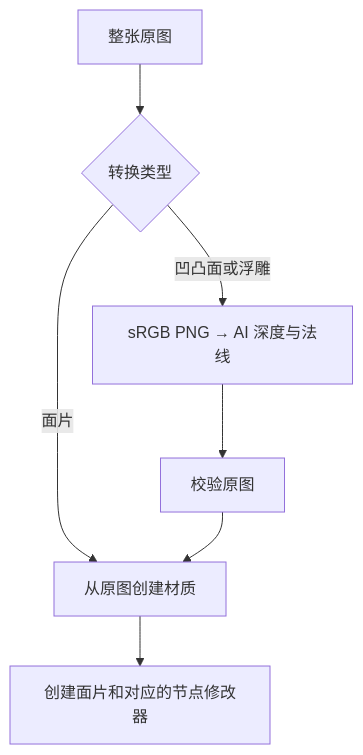
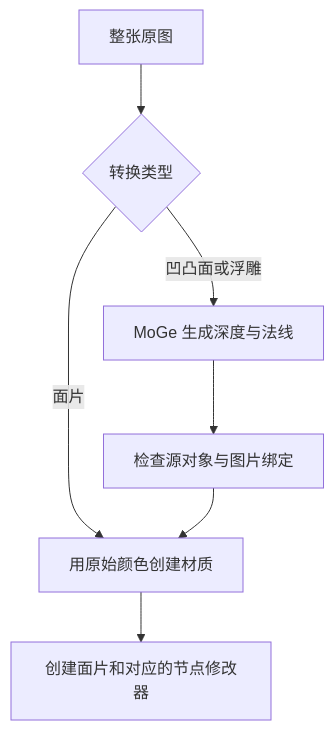
Before and after one commit to OmooLab/AnyImage: the diagram in docs/develop/operators/convert-to-plane.md, drawn with Mermaid. The commit also changed other lines of this file and 145 other files, not shown here.

````diff
--- a/docs/develop/operators/convert-to-plane.md
+++ b/docs/develop/operators/convert-to-plane.md
@@ -5,9 +5,9 @@
 ```mermaid
 flowchart TD
     source["整张原图"] --> type{"转换类型"}
-    type -->|面片| material["从原图创建材质"]
-    type -->|凹凸面或浮雕| ai["sRGB PNG → AI 深度与法线"]
-    ai --> checked["校验原图"]
+    type -->|面片| material["用原始颜色创建材质"]
+    type -->|凹凸面或浮雕| ai["MoGe 生成深度与法线"]
+    ai --> checked["检查源对象与图片绑定"]
     checked --> material
     material --> result["创建面片和对应的节点修改器"]
 ```
````
